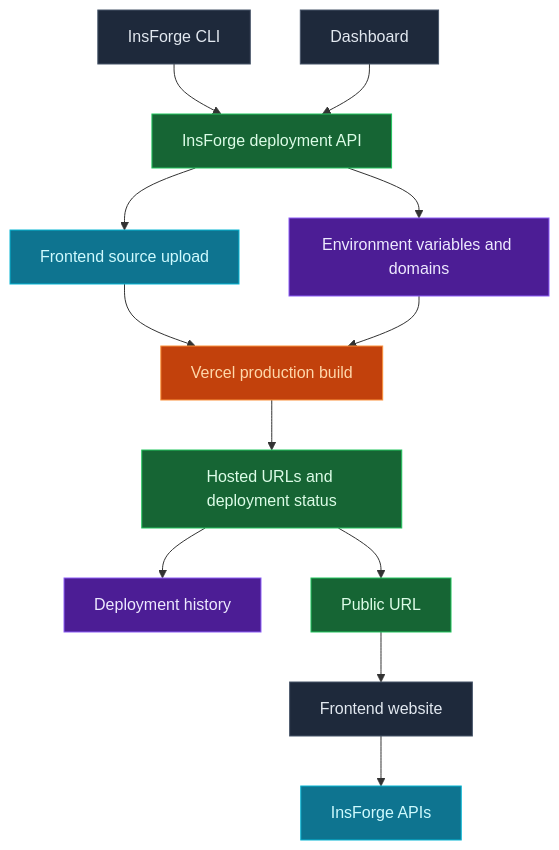
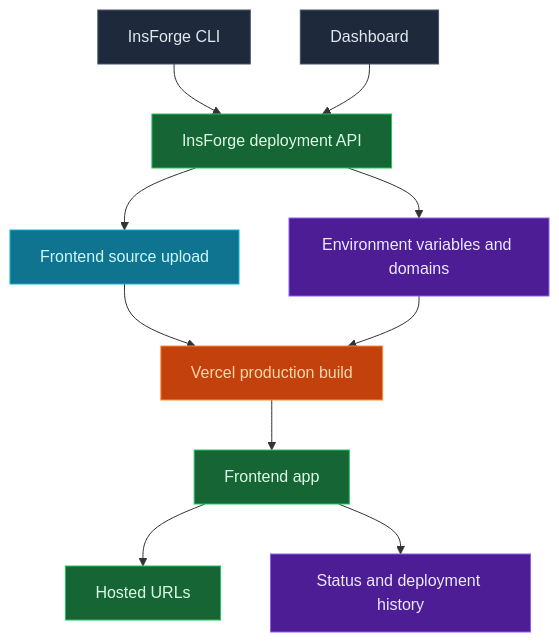
One commit to InsForge/InsForge changed the diagram in docs/core-concepts/deployments/overview.mdx. Above: the diagram before and after it, drawn with Mermaid. The commit also changed other lines of this file, not shown here.

Commit message:
Simplify deployments overview diagram

````diff
--- a/docs/core-concepts/deployments/overview.mdx
+++ b/docs/core-concepts/deployments/overview.mdx
@@ -17,29 +17,25 @@
 ```mermaid
 flowchart TB
     CLI[InsForge CLI] --> API[InsForge deployment API]
     Dashboard[Dashboard] --> API
 
     API --> Source[Frontend source upload]
     API --> Config[Environment variables and domains]
 
     Source --> Vercel[Vercel production build]
     Config --> Vercel
 
-    Vercel --> Result[Hosted URLs and deployment status]
-    Result --> History[Deployment history]
-    Result --> URL[Public URL]
-    URL --> App[Frontend website]
-    App --> Project[InsForge APIs]
+    Vercel --> App[Frontend app]
+    App --> URL[Hosted URLs]
+    App --> Status[Status and deployment history]
 
     style CLI fill:#1e293b,stroke:#475569,color:#e2e8f0
     style Dashboard fill:#1e293b,stroke:#475569,color:#e2e8f0
     style API fill:#166534,stroke:#22c55e,color:#dcfce7
     style Source fill:#0e7490,stroke:#06b6d4,color:#cffafe
     style Config fill:#4c1d95,stroke:#8b5cf6,color:#ede9fe
     style Vercel fill:#c2410c,stroke:#fb923c,color:#fed7aa
-    style Result fill:#166534,stroke:#22c55e,color:#dcfce7
-    style History fill:#4c1d95,stroke:#8b5cf6,color:#ede9fe
+    style App fill:#166534,stroke:#22c55e,color:#dcfce7
     style URL fill:#166534,stroke:#22c55e,color:#dcfce7
-    style App fill:#1e293b,stroke:#475569,color:#e2e8f0
-    style Project fill:#0e7490,stroke:#06b6d4,color:#cffafe
+    style Status fill:#4c1d95,stroke:#8b5cf6,color:#ede9fe
 ```
````
